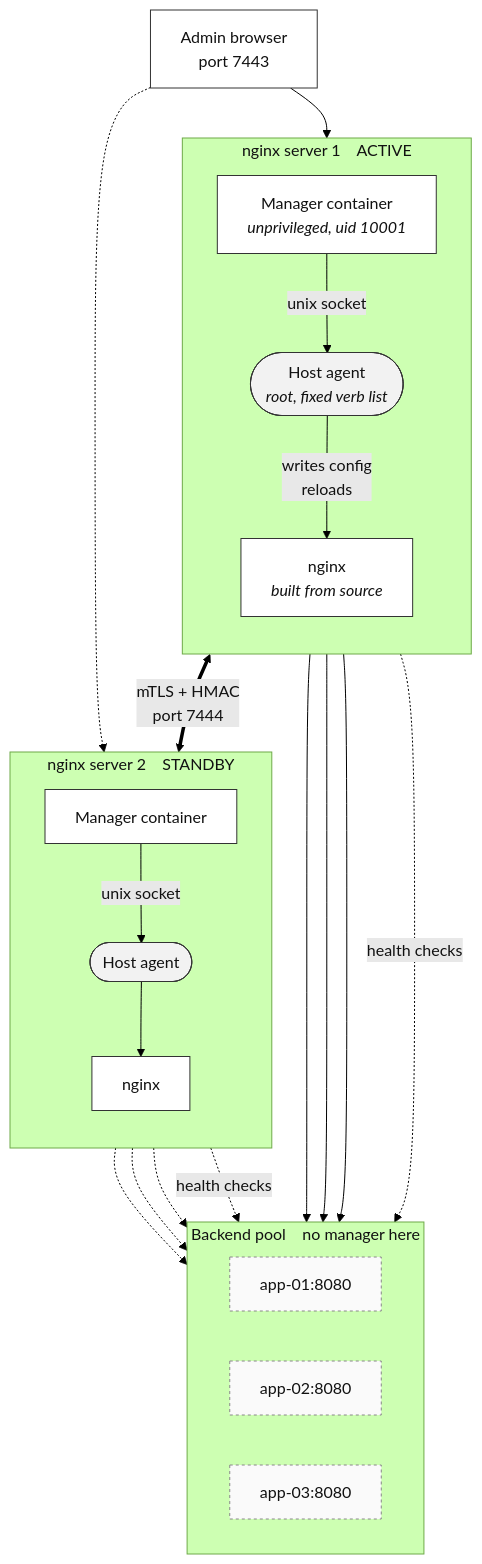
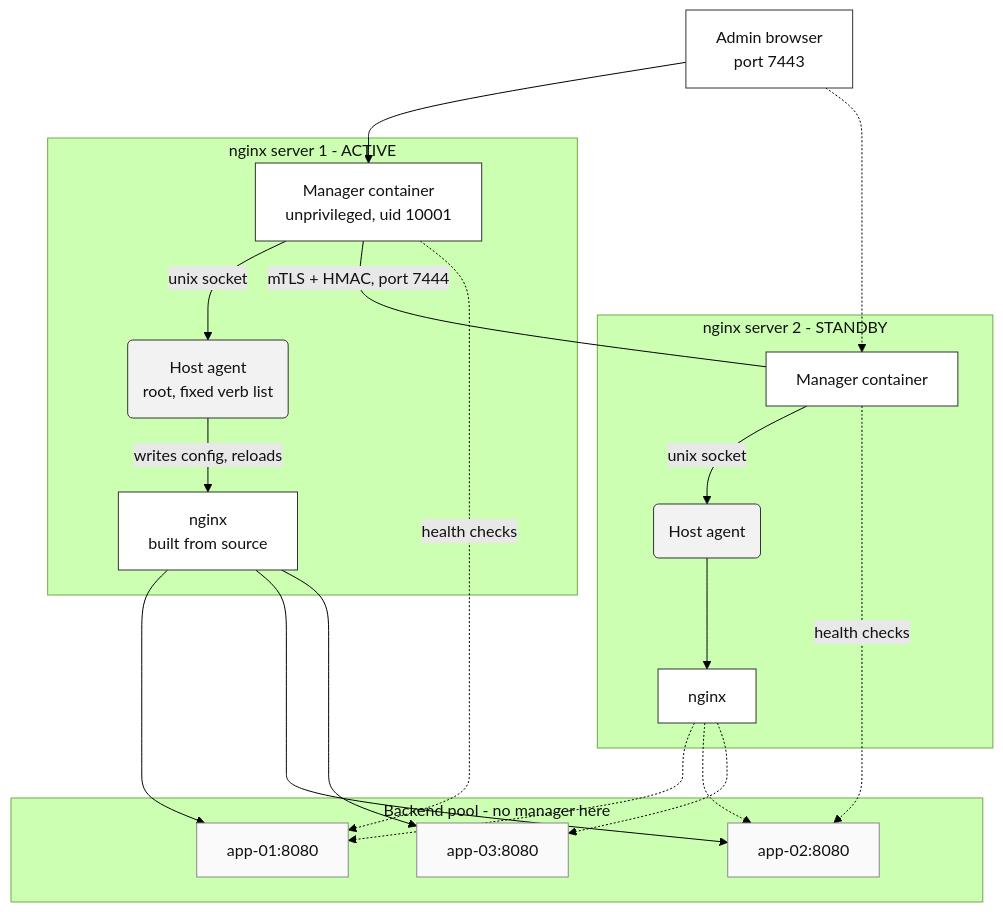
Before and after one commit to hackrange/failoverlb: the first of 3 diagrams in README.md, drawn with Mermaid (forest theme). The commit also changed other lines of this file, not shown here.

Commit message:
Fix the README diagrams so they render on Mermaid 8.9.2
GitLab bundles Mermaid 8.9.2 and the topology diagram used "direction TB" inside
a subgraph, which is 9.0 and later only.  That one line was the syntax error.
Verified by parsing the shipped README against a real 8.9.2 build: block 1 threw
on line 5, the other two were fine.

Rewrote both flowcharts in the subset 8.x actually understands rather than just
removing that one line, since the rest was heading the same way:

  - graph instead of flowchart
  - -->|label| instead of -- "label" -->
  - --- with a label instead of <==>, which is a 9.x arrow
  - plain rectangles and rounded boxes instead of stadium shapes
  - no <i> or <b>, they render literally when htmlLabels is off, which is how
    GitLab runs it
  - no &nbsp; in subgraph titles, same reason

All three blocks now parse clean on 8.9.2.  They still render on current Mermaid
too, since none of this is deprecated, just older.

````diff
--- a/README.md
+++ b/README.md
@@ -183,50 +183,47 @@
 ```mermaid
-flowchart TB
+graph TB
     admin["Admin browser<br/>port 7443"]
 
-    subgraph LB1["nginx server 1 &nbsp;&nbsp; ACTIVE"]
-        direction TB
-        M1["Manager container<br/><i>unprivileged, uid 10001</i>"]
-        A1(["Host agent<br/><i>root, fixed verb list</i>"])
-        N1["nginx<br/><i>built from source</i>"]
-        M1 -- "unix socket" --> A1
-        A1 -- "writes config<br/>reloads" --> N1
+    subgraph LB1["nginx server 1 - ACTIVE"]
+        M1["Manager container<br/>unprivileged, uid 10001"]
+        A1("Host agent<br/>root, fixed verb list")
+        N1["nginx<br/>built from source"]
+        M1 -->|"unix socket"| A1
+        A1 -->|"writes config, reloads"| N1
     end
 
-    subgraph LB2["nginx server 2 &nbsp;&nbsp; STANDBY"]
-        direction TB
+    subgraph LB2["nginx server 2 - STANDBY"]
         M2["Manager container"]
-        A2(["Host agent"])
+        A2("Host agent")
         N2["nginx"]
-        M2 -- "unix socket" --> A2
+        M2 -->|"unix socket"| A2
         A2 --> N2
     end
 
-    subgraph POOL["Backend pool &nbsp;&nbsp; no manager here"]
-        direction LR
+    subgraph POOL["Backend pool - no manager here"]
         B1["app-01:8080"]
         B2["app-02:8080"]
         B3["app-03:8080"]
     end
 
     admin --> M1
     admin -.-> M2
-    M1 <== "mTLS + HMAC<br/>port 7444" ==> M2
+    M1 ---|"mTLS + HMAC, port 7444"| M2
 
     N1 --> B1
     N1 --> B2
     N1 --> B3
     N2 -.-> B1
     N2 -.-> B2
     N2 -.-> B3
 
-    M1 -. "health checks" .-> B1
-    M2 -. "health checks" .-> B2
+    M1 -.->|"health checks"| B1
+    M2 -.->|"health checks"| B2
 
-    classDef box fill:#fff,stroke:#333,stroke-width:1px,color:#111
-    classDef root fill:#f2f2f2,stroke:#333,stroke-width:1px,color:#111
-    classDef back fill:#fafafa,stroke:#888,stroke-dasharray:3 3,color:#111
+    classDef box fill:#ffffff,stroke:#333333,stroke-width:1px,color:#111111
+    classDef root fill:#f2f2f2,stroke:#333333,stroke-width:1px,color:#111111
+    classDef back fill:#fafafa,stroke:#888888,stroke-width:1px,color:#111111
     class admin,M1,M2,N1,N2 box
     class A1,A2 root
     class B1,B2,B3 back
 ```
````
